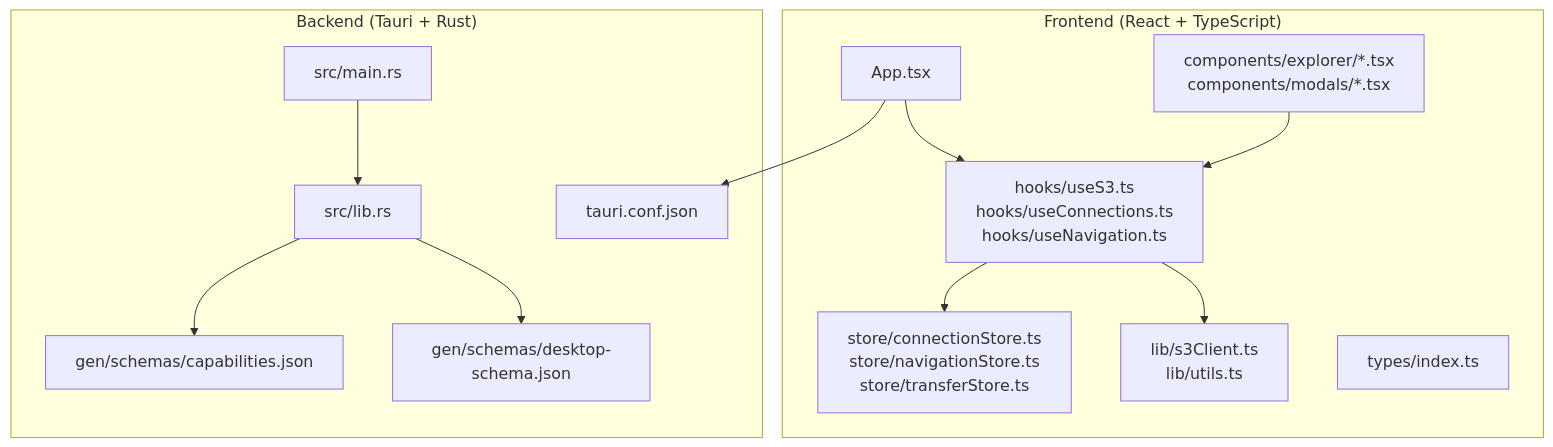
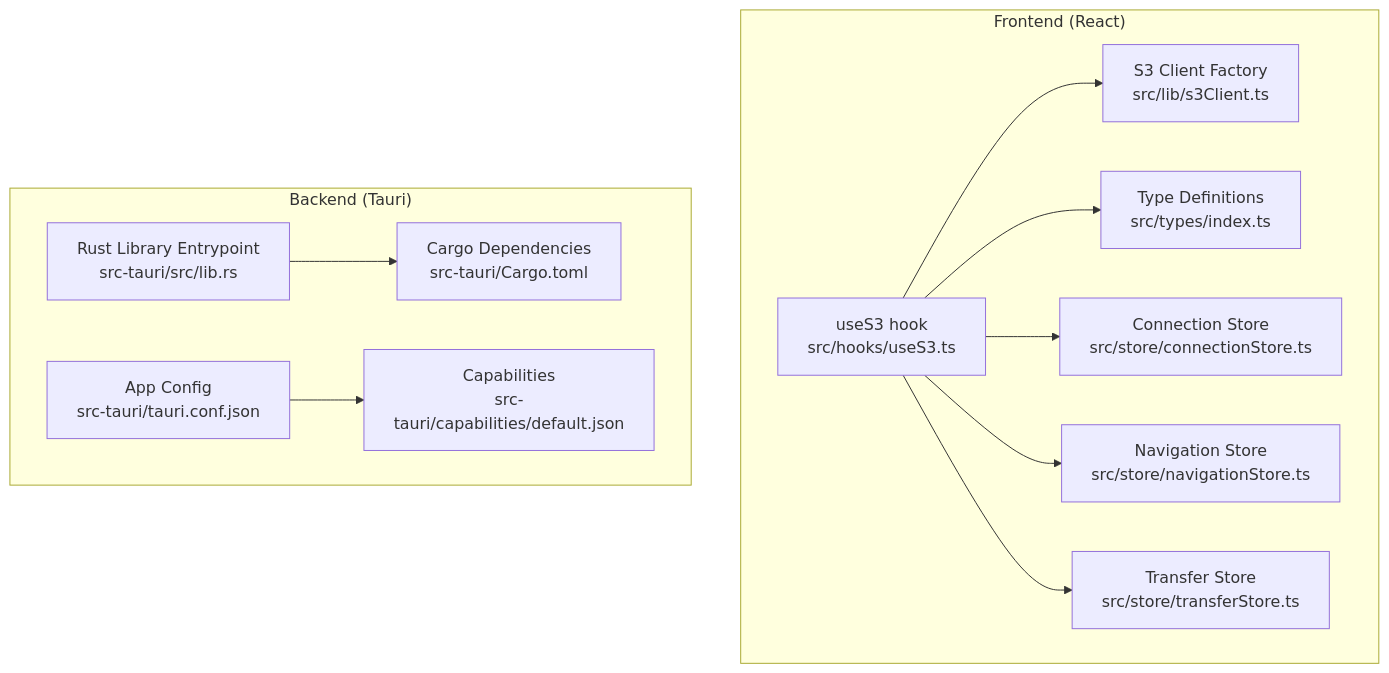
One commit to nasrulhadi/s3-explorer changed the first of 3 diagrams in .qoder/repowiki/en/content/API Reference.md. Above: the diagram before and after it, drawn with Mermaid. The commit also changed other lines of this file and 46 other files, not shown here.

````diff
--- a/.qoder/repowiki/en/content/API Reference.md
+++ b/.qoder/repowiki/en/content/API Reference.md
@@ -43,26 +43,24 @@
 ```mermaid
 graph TB
-subgraph "Frontend (React + TypeScript)"
-FE_App["App.tsx"]
-FE_Hooks["hooks/useS3.ts<br/>hooks/useConnections.ts<br/>hooks/useNavigation.ts"]
-FE_Stores["store/connectionStore.ts<br/>store/navigationStore.ts<br/>store/transferStore.ts"]
-FE_Components["components/explorer/*.tsx<br/>components/modals/*.tsx"]
-FE_Lib["lib/s3Client.ts<br/>lib/utils.ts"]
-FE_Types["types/index.ts"]
+subgraph "Frontend (React)"
+A["useS3 hook<br/>src/hooks/useS3.ts"]
+B["S3 Client Factory<br/>src/lib/s3Client.ts"]
+C["Type Definitions<br/>src/types/index.ts"]
+D["Connection Store<br/>src/store/connectionStore.ts"]
+E["Navigation Store<br/>src/store/navigationStore.ts"]
+F["Transfer Store<br/>src/store/transferStore.ts"]
 end
-subgraph "Backend (Tauri + Rust)"
-BE_Main["src/main.rs"]
-BE_Lib["src/lib.rs"]
-BE_Cap["gen/schemas/capabilities.json"]
-BE_Schema["gen/schemas/desktop-schema.json"]
-BE_Conf["tauri.conf.json"]
+subgraph "Backend (Tauri)"
+G["Rust Library Entrypoint<br/>src-tauri/src/lib.rs"]
+H["Cargo Dependencies<br/>src-tauri/Cargo.toml"]
+I["App Config<br/>src-tauri/tauri.conf.json"]
+J["Capabilities<br/>src-tauri/capabilities/default.json"]
 end
-FE_App --> FE_Hooks
-FE_Hooks --> FE_Lib
-FE_Hooks --> FE_Stores
-FE_Components --> FE_Hooks
-FE_App --> BE_Conf
-BE_Main --> BE_Lib
-BE_Lib --> BE_Cap
-BE_Lib --> BE_Schema
+A --> B
+A --> C
+A --> D
+A --> E
+A --> F
+G --> H
+I --> J
 ```
````
